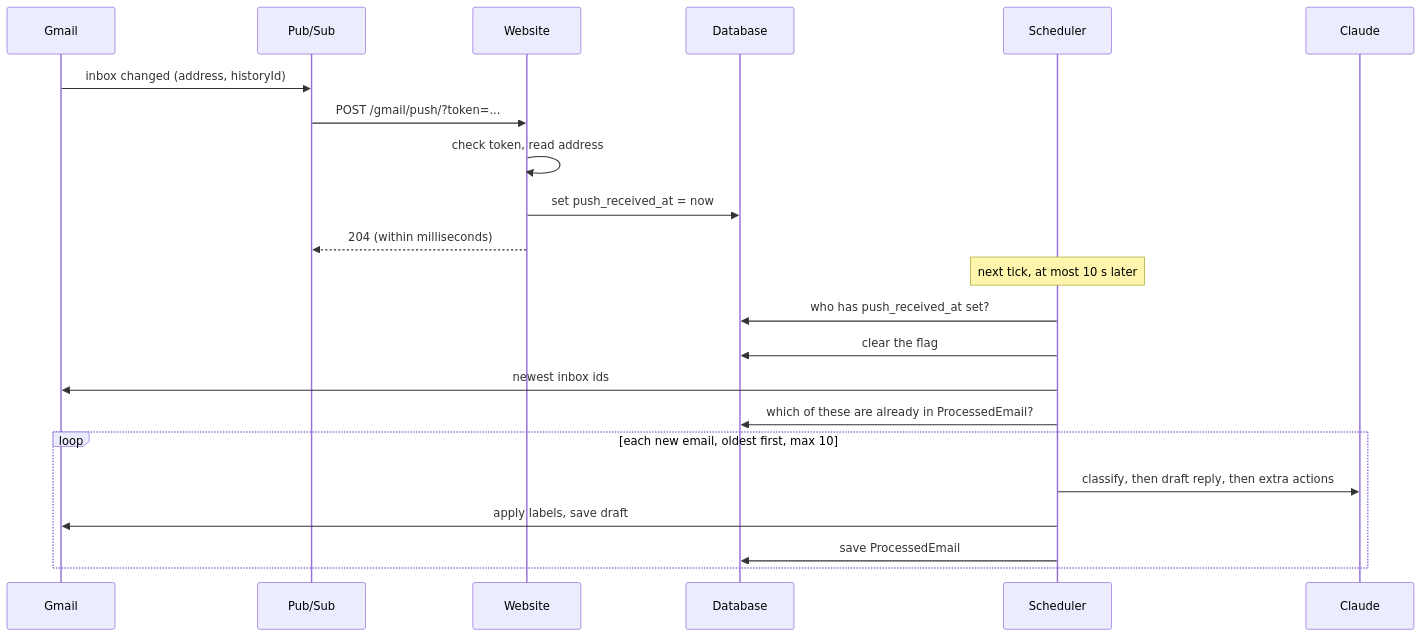
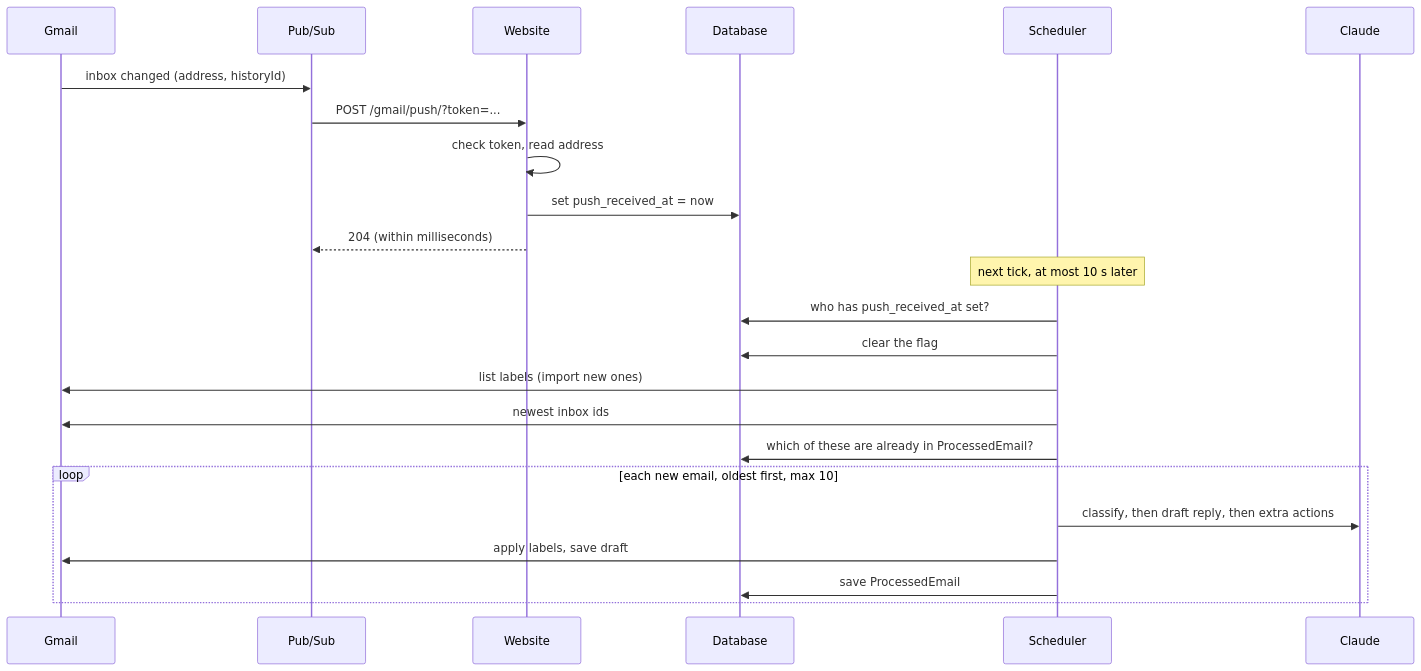
The fourth of 8 diagrams in docs/system-design.md (Ryancg3/email-agent-hack-2026), drawn with Mermaid before and after one commit. The commit also changed other lines of this file and 1 other file, not shown here.

````diff
--- a/docs/system-design.md
+++ b/docs/system-design.md
@@ -154,25 +169,26 @@
 ```mermaid
 sequenceDiagram
     participant G as Gmail
     participant P as Pub/Sub
     participant W as Website
     participant D as Database
     participant S as Scheduler
     participant C as Claude
 
     G->>P: inbox changed (address, historyId)
     P->>W: POST /gmail/push/?token=...
     W->>W: check token, read address
     W->>D: set push_received_at = now
     W-->>P: 204 (within milliseconds)
     Note over S: next tick, at most 10 s later
     S->>D: who has push_received_at set?
     S->>D: clear the flag
+    S->>G: list labels (import new ones)
     S->>G: newest inbox ids
     S->>D: which of these are already in ProcessedEmail?
     loop each new email, oldest first, max 10
         S->>C: classify, then draft reply, then extra actions
         S->>G: apply labels, save draft
         S->>D: save ProcessedEmail
     end
 ```
````
